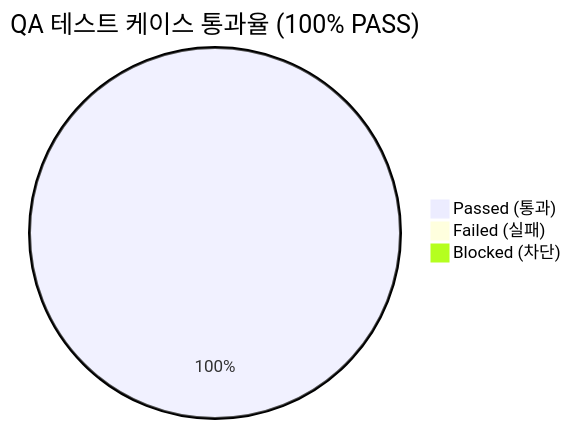
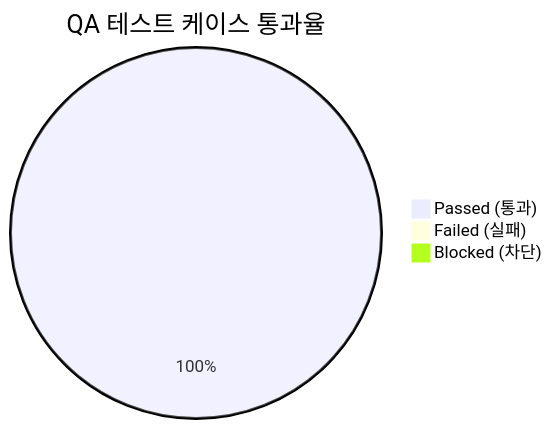
Before and after one commit to ozplayground/agent-lens: the diagram in docs/qa-engineer/02_QA_TEST_REPORT.md, drawn with Mermaid. The commit also changed other lines of this file and 41 other files, not shown here.

````diff
--- a/docs/qa-engineer/02_QA_TEST_REPORT.md
+++ b/docs/qa-engineer/02_QA_TEST_REPORT.md
@@ -22,6 +12,6 @@
 ```mermaid
-pie title QA 테스트 케이스 통과율 (100% PASS)
-    "Passed (통과)" : 50
+pie title QA 테스트 케이스 통과율
+    "Passed (통과)" : 27
     "Failed (실패)" : 0
     "Blocked (차단)" : 0
 ```
````
